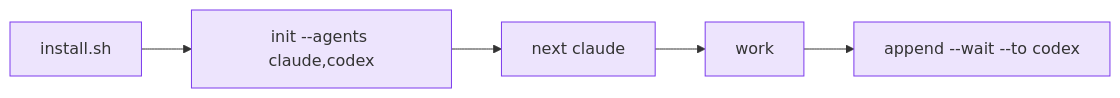
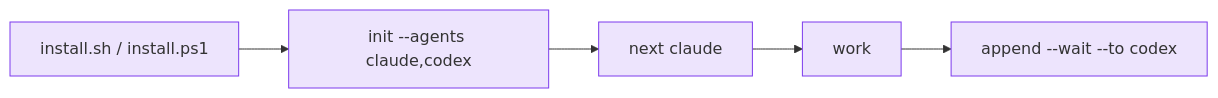
One commit to M8Shift/m8shift.github.io changed the diagram in docs/guide/quickstart.md. Above: the diagram before and after it, drawn with Mermaid. The commit also changed other lines of this file and 5 other files, not shown here.

````diff
--- a/docs/guide/quickstart.md
+++ b/docs/guide/quickstart.md
@@ -19,9 +19,9 @@
 ```mermaid
 flowchart LR
-    A["install.sh"] --> B["init --agents claude,codex"]
+    A["install.sh / install.ps1"] --> B["init --agents claude,codex"]
     B --> C["next claude"]
     C --> D["work"]
     D --> E["append --wait --to codex"]
     classDef agent fill:#7c3aed22,stroke:#7c3aed;
     class A,B,C,D,E agent;
 ```
````
